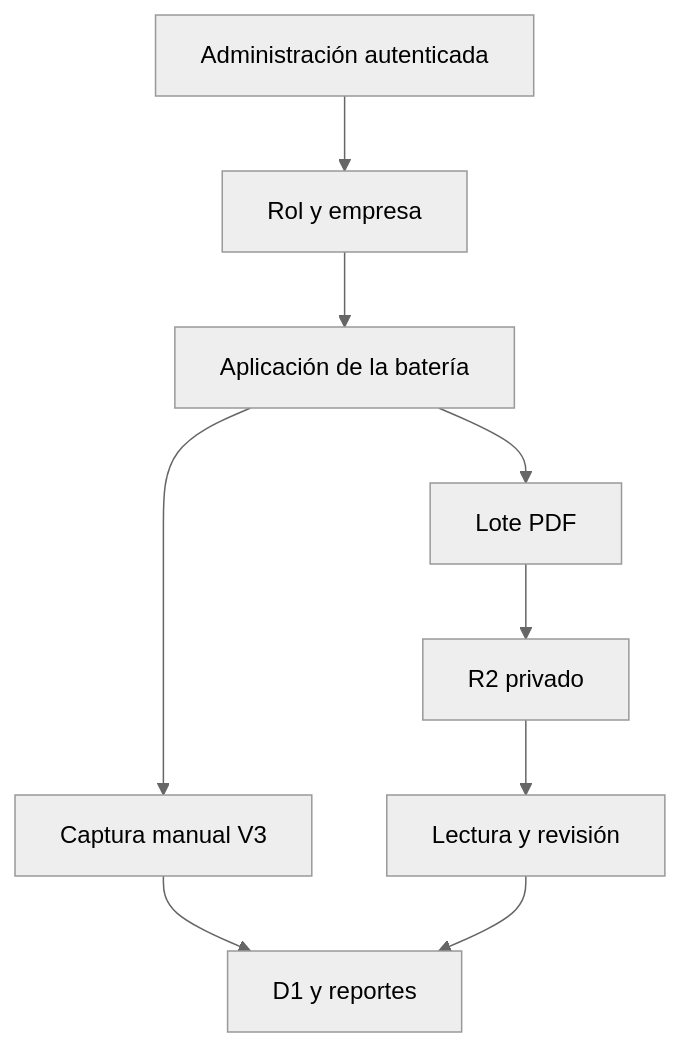
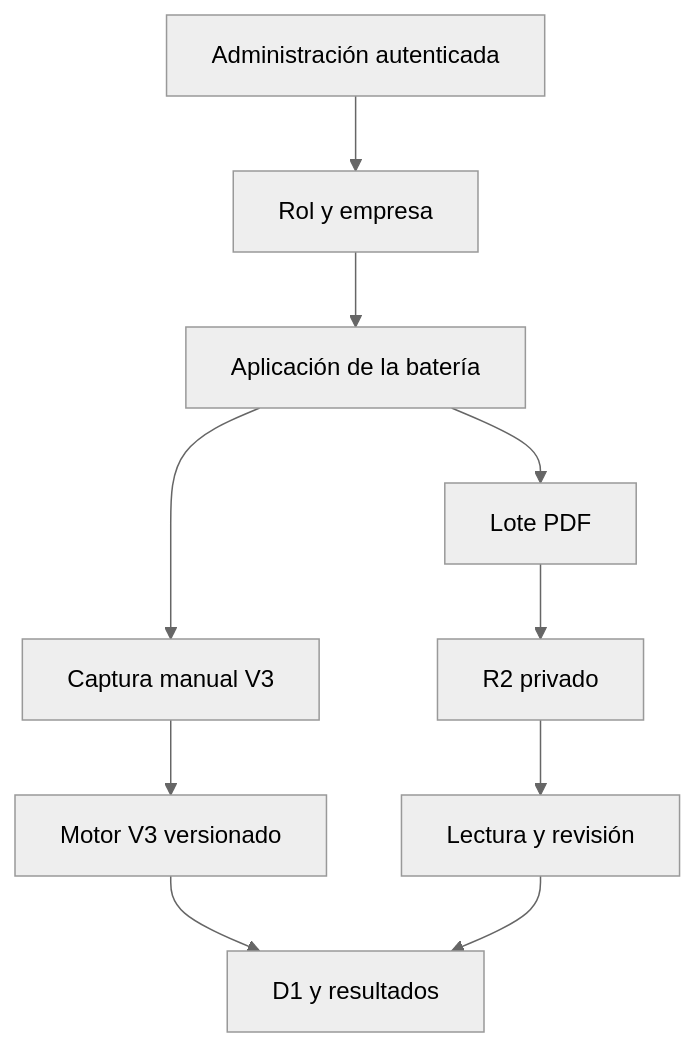
The diagram in docs/ARQUITECTURA.md (jaimeruizf83/BRPS_2026ruiz), drawn with Mermaid (neutral theme) before and after one commit. The commit also changed other lines of this file and 35 other files, not shown here.

````diff
--- a/docs/ARQUITECTURA.md
+++ b/docs/ARQUITECTURA.md
@@ -3,11 +3,12 @@
 ```mermaid
 flowchart TD
   A[Administración autenticada] --> B[Rol y empresa]
   B --> C[Aplicación de la batería]
   C --> D[Captura manual V3]
   C --> E[Lote PDF]
-  D --> F[D1 y reportes]
+  D --> I[Motor V3 versionado]
+  I --> F[D1 y resultados]
   E --> G[R2 privado]
   G --> H[Lectura y revisión]
   H --> F
 ```
````
